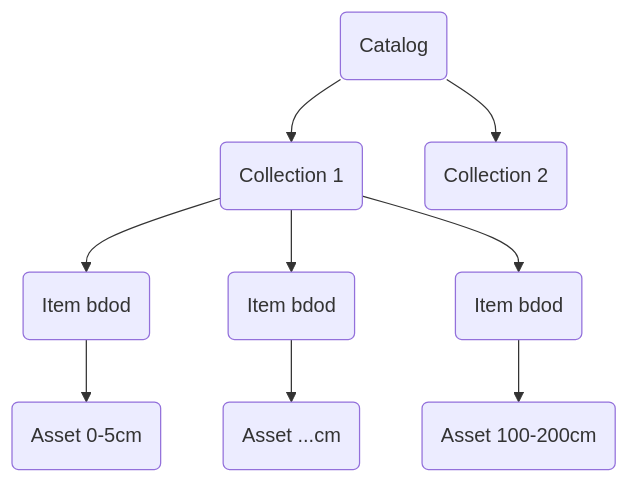
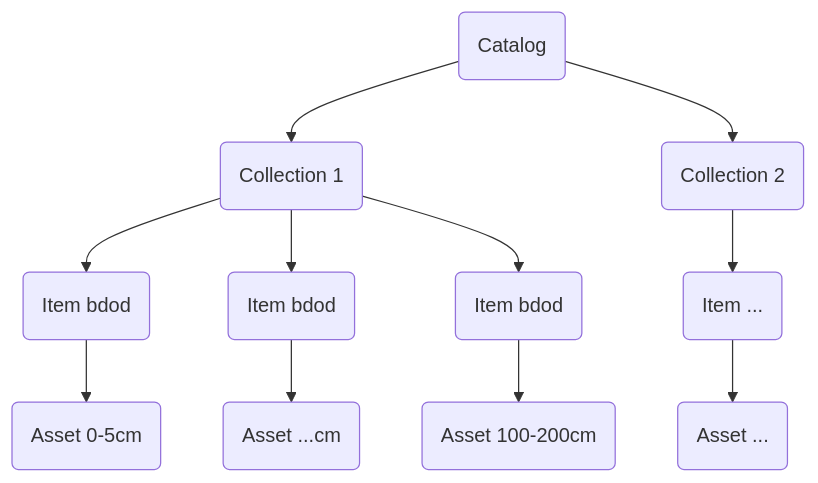
Before and after one commit to Biodiversity-Meets-Data/WP2-data-catalog: the first of 2 diagrams in openeo/README.md, drawn with Mermaid. The commit also changed other lines of this file and 3 other files, not shown here.

````diff
--- a/openeo/README.md
+++ b/openeo/README.md
@@ -82,11 +82,13 @@
 ```mermaid
 flowchart TD
-  Cat(Catalog) --> Col1
+  Cat(Catalog) --> Col1(Collection 1)
   Cat(Catalog) --> Col2(Collection 2)
-  Col1(Collection 1) --> I1_bdod
-  Col1(Collection 1) --> I2_bdod
-  Col1(Collection 1) --> I3_bdod 
+  Col1 --> I1_bdod
+  Col1 --> I2_bdod
+  Col1 --> I3_bdod 
   I1_bdod(Item bdod) --> A1_bdod(Asset 0-5cm)
   I2_bdod(Item bdod) --> A2_bdod(Asset ...cm)
   I3_bdod(Item bdod) --> A3_bdod(Asset 100-200cm)
+  Col2 --> I_other(Item ...)
+  I_other --> A_other(Asset ...)
 ```
````
